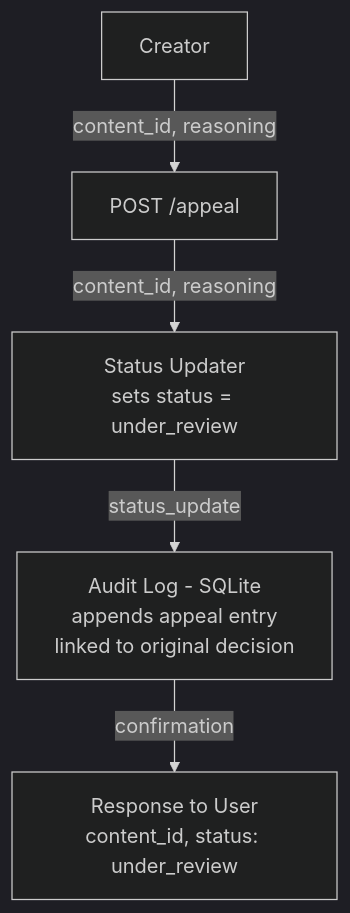
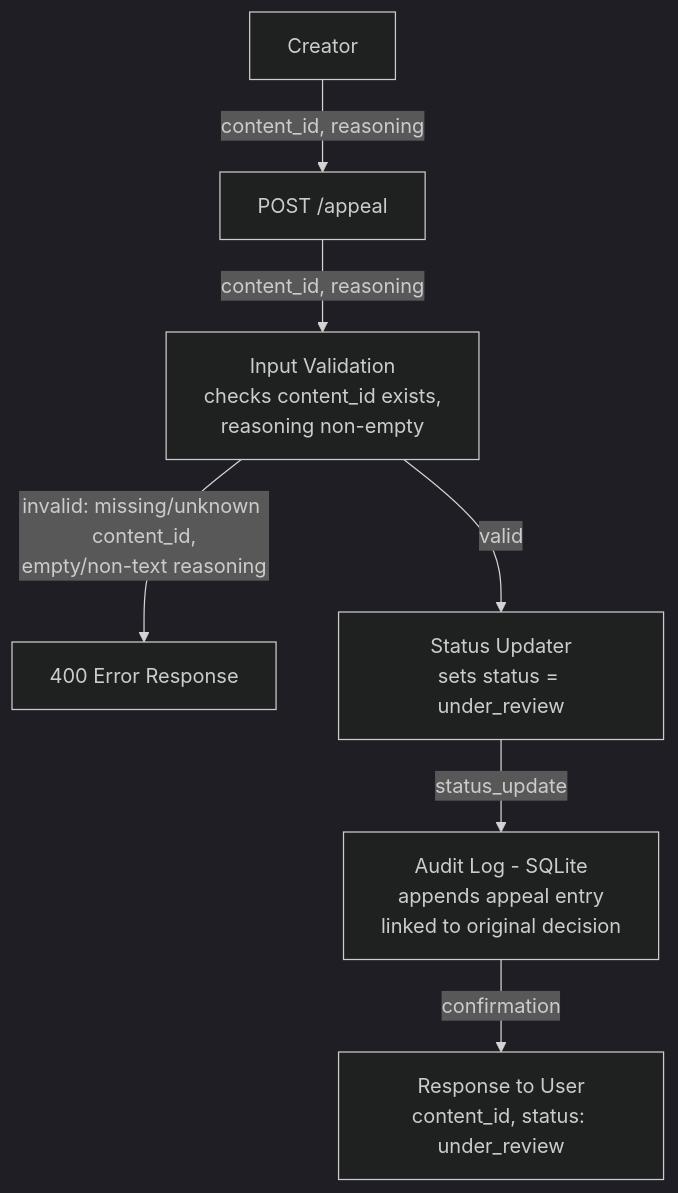
One commit to KerolosAssad/ai201-project4-provenance-guard changed the second of 2 diagrams in planning.md. Above: the diagram before and after it, drawn with Mermaid (dark theme). The commit also changed other lines of this file, not shown here.

````diff
--- a/planning.md
+++ b/planning.md
@@ -108,7 +106,9 @@
 ```mermaid
 flowchart TD
     A[Creator] -->|content_id, reasoning| B[POST /appeal]
-    B -->|content_id, reasoning| C[Status Updater<br/>sets status = under_review]
-    C -->|status_update| D[Audit Log - SQLite<br/>appends appeal entry<br/>linked to original decision]
-    D -->|confirmation| E[Response to User<br/>content_id, status: under_review]
+    B -->|content_id, reasoning| V2[Input Validation<br/>checks content_id exists,<br/>reasoning non-empty]
+    V2 -->|invalid: missing/unknown content_id,<br/>empty/non-text reasoning| R2[400 Error Response]
+    V2 -->|valid| C2[Status Updater<br/>sets status = under_review]
+    C2 -->|status_update| D2[Audit Log - SQLite<br/>appends appeal entry<br/>linked to original decision]
+    D2 -->|confirmation| E2[Response to User<br/>content_id, status: under_review]
 ```
````
